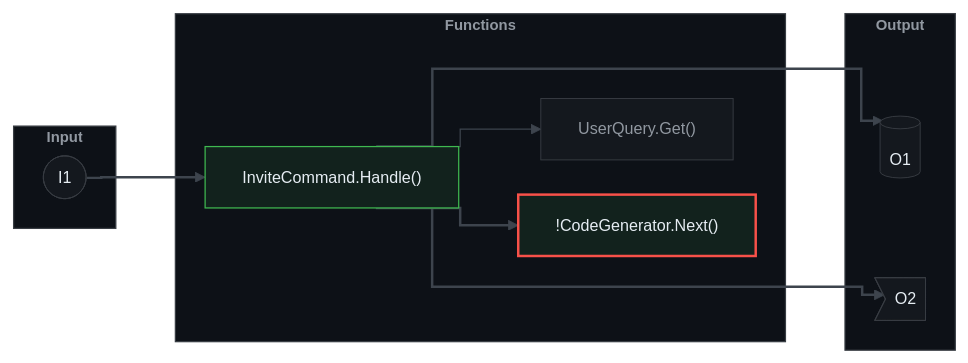
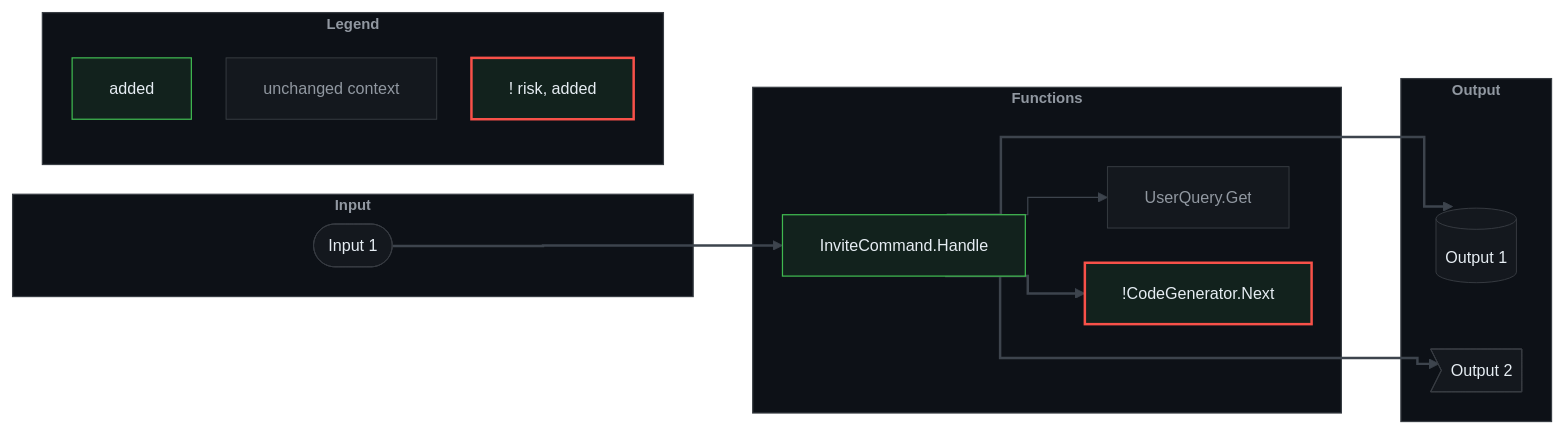
One commit to gagoar/pr-brief changed the diagram in skills/pr-brief/references/diagram-convention.md. Above: the diagram before and after it, drawn with Mermaid. The commit also changed other lines of this file and 78 other files, not shown here.

````diff
--- a/skills/pr-brief/references/diagram-convention.md
+++ b/skills/pr-brief/references/diagram-convention.md
@@ -61,34 +61,40 @@
 ```mermaid
 %%{init: {"theme":"base","flowchart":{"curve":"step","nodeSpacing":28,"rankSpacing":48,"diagramPadding":40},"themeVariables":{"darkMode":true,"background":"#0d1117","fontFamily":"Inter, Helvetica, Arial","fontSize":"13px","dropShadow":"none","primaryColor":"#14181e","primaryTextColor":"#e6edf3","primaryBorderColor":"#383d43","nodeTextColor":"#e6edf3","textColor":"#e6edf3","mainBkg":"#14181e","nodeBorder":"#383d43","lineColor":"#3d444d","clusterBkg":"#0d1117","clusterBorder":"#383d43","titleColor":"#9198a1","edgeLabelBackground":"#0d1117"}}}%%
 graph LR
   subgraph IN["Input"]
-    I1(["I1"])
+    I1(["Input 1"])
   end
   subgraph FN["Functions"]
-    F1["InviteCommand.Handle()"]:::added
-    F2["!CodeGenerator.Next()"]:::riskadded
-    F3["UserQuery.Get()"]:::context
+    F1["InviteCommand.Handle"]:::added
+    F2["!CodeGenerator.Next"]:::riskadded
+    F3["UserQuery.Get"]:::context
   end
   subgraph OUT["Output"]
-    O1[("O1")]
-    O2>"O2"]
+    O1[("Output 1")]
+    O2>"Output 2"]
   end
   I1 ==> F1
   F1 ==> F2
   F1 --> F3
   F1 ==> O1
   F1 ==> O2
   F2 ~~~ O1
   F2 ~~~ O2
+  subgraph LEG["Legend"]
+    L1["added"]:::added
+    L2["unchanged context"]:::context
+    L3["! risk, added"]:::riskadded
+  end
   classDef default fill:#14181e,stroke:#383d43,stroke-width:0.75px,color:#e6edf3,font-weight:500
   classDef added fill:#12221d,stroke:#3fb950,stroke-width:1px,color:#e6edf3,font-weight:500
   classDef modified fill:#211f18,stroke:#d29922,stroke-width:1px,color:#e6edf3,font-weight:500
   classDef removed fill:#24171c,stroke:#f85149,stroke-width:1px,stroke-dasharray:4 4,color:#e6edf3,font-weight:500
   classDef context fill:#14181e,stroke:#383d43,stroke-width:0.75px,color:#9198a1,font-weight:500
   classDef risk fill:#14181e,stroke:#f85149,stroke-width:2px,color:#e6edf3,font-weight:500
   classDef riskadded fill:#12221d,stroke:#f85149,stroke-width:2px,color:#e6edf3,font-weight:500
   classDef zone fill:#0d1117,stroke:#383d43,stroke-width:1px,color:#9198a1,font-weight:600,font-size:12px
   class IN,FN,OUT zone
   linkStyle 2 stroke:#3d444d,stroke-width:1px
   linkStyle 0,1,3,4 stroke:#3d444d,stroke-width:2px
+  class LEG zone
 ```
````
